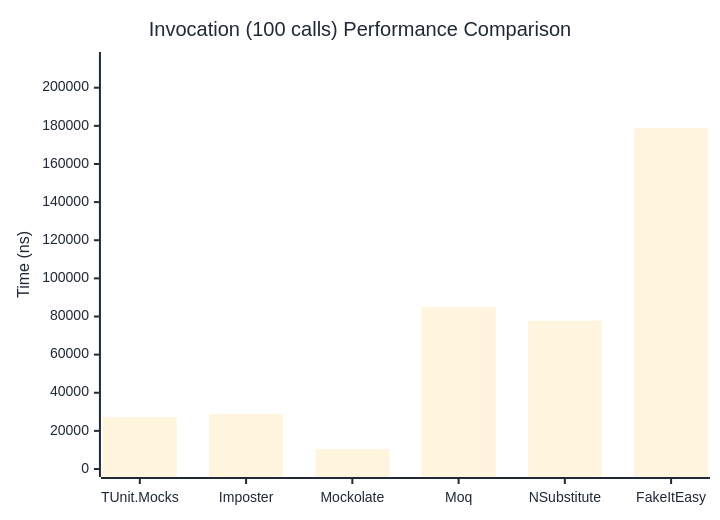
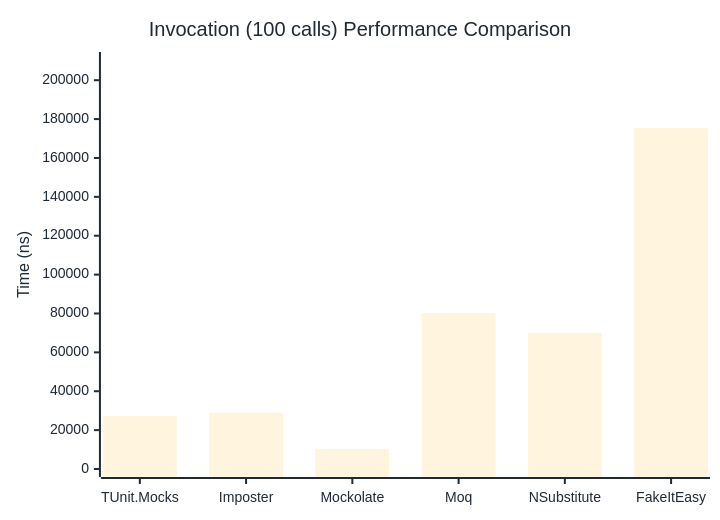
One commit to thomhurst/TUnit changed the third of 3 diagrams in docs/docs/benchmarks/mocks/Invocation.md. Above: the diagram before and after it, drawn with Mermaid. The commit also changed other lines of this file and 14 other files, not shown here.

````diff
--- a/docs/docs/benchmarks/mocks/Invocation.md
+++ b/docs/docs/benchmarks/mocks/Invocation.md
@@ -112,27 +112,27 @@
 ```mermaid
 %%{init: {
   'theme':'base',
   'themeVariables': {
     'primaryColor': '#2563eb',
     'primaryTextColor': '#1f2937',
     'primaryBorderColor': '#1e40af',
     'lineColor': '#6b7280',
     'secondaryColor': '#7c3aed',
     'tertiaryColor': '#dc2626',
     'background': '#ffffff',
     'pie1': '#2563eb',
     'pie2': '#7c3aed',
     'pie3': '#dc2626',
     'pie4': '#f59e0b',
     'pie5': '#10b981',
     'pie6': '#06b6d4',
     'pie7': '#ec4899',
     'pie8': '#6366f1'
   }
 }}%%
 xychart-beta
   title "Invocation (100 calls) Performance Comparison"
   x-axis ["TUnit.Mocks", "Imposter", "Mockolate", "Moq", "NSubstitute", "FakeItEasy"]
-  y-axis "Time (ns)" 0 --> 214539
-  bar [27241.5, 28971.47, 10481.04, 84960.37, 77793.6, 178781.82]
+  y-axis "Time (ns)" 0 --> 210394
+  bar [27235.53, 28992.09, 10404.25, 80259.51, 69990.04, 175327.82]
 ```
````
